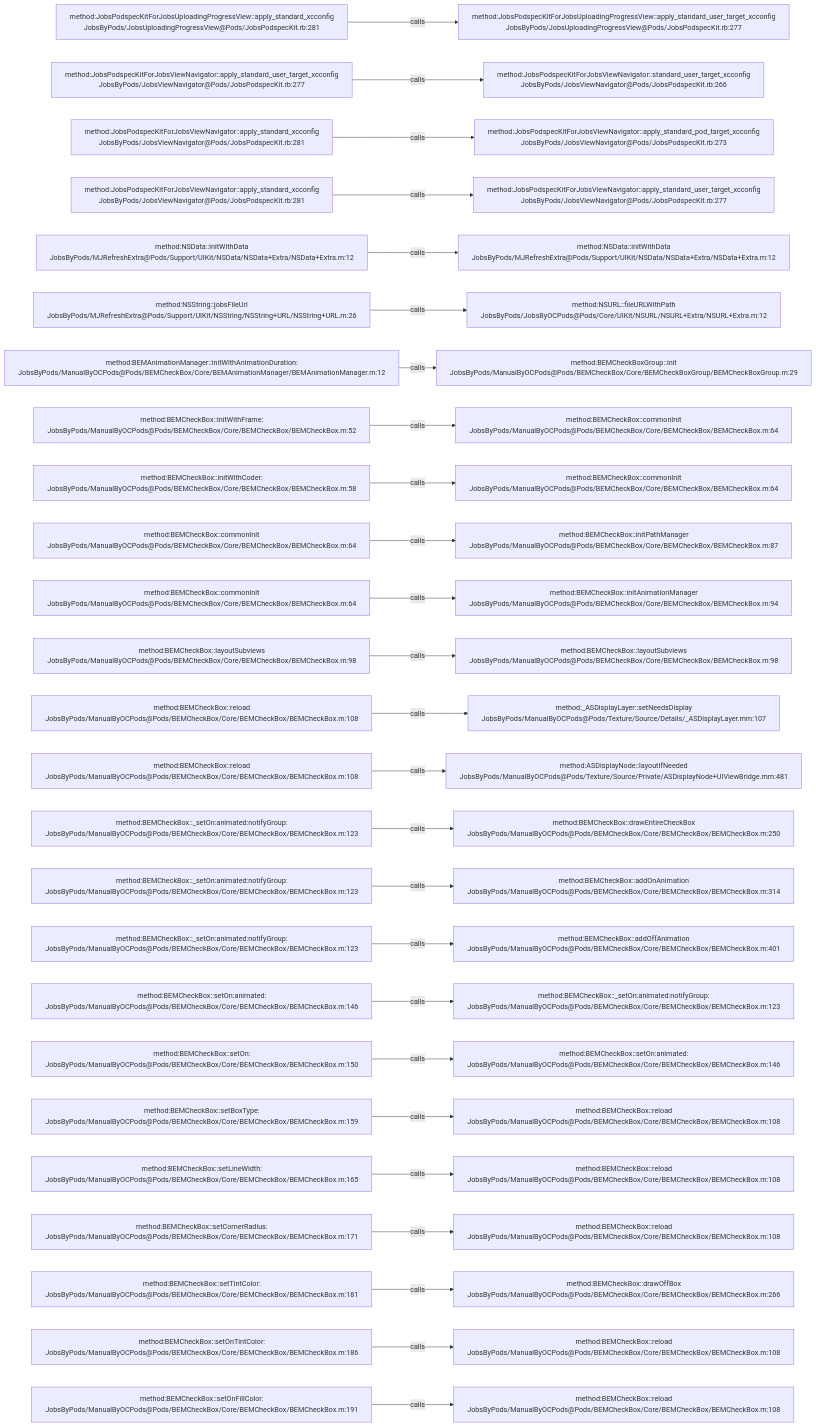
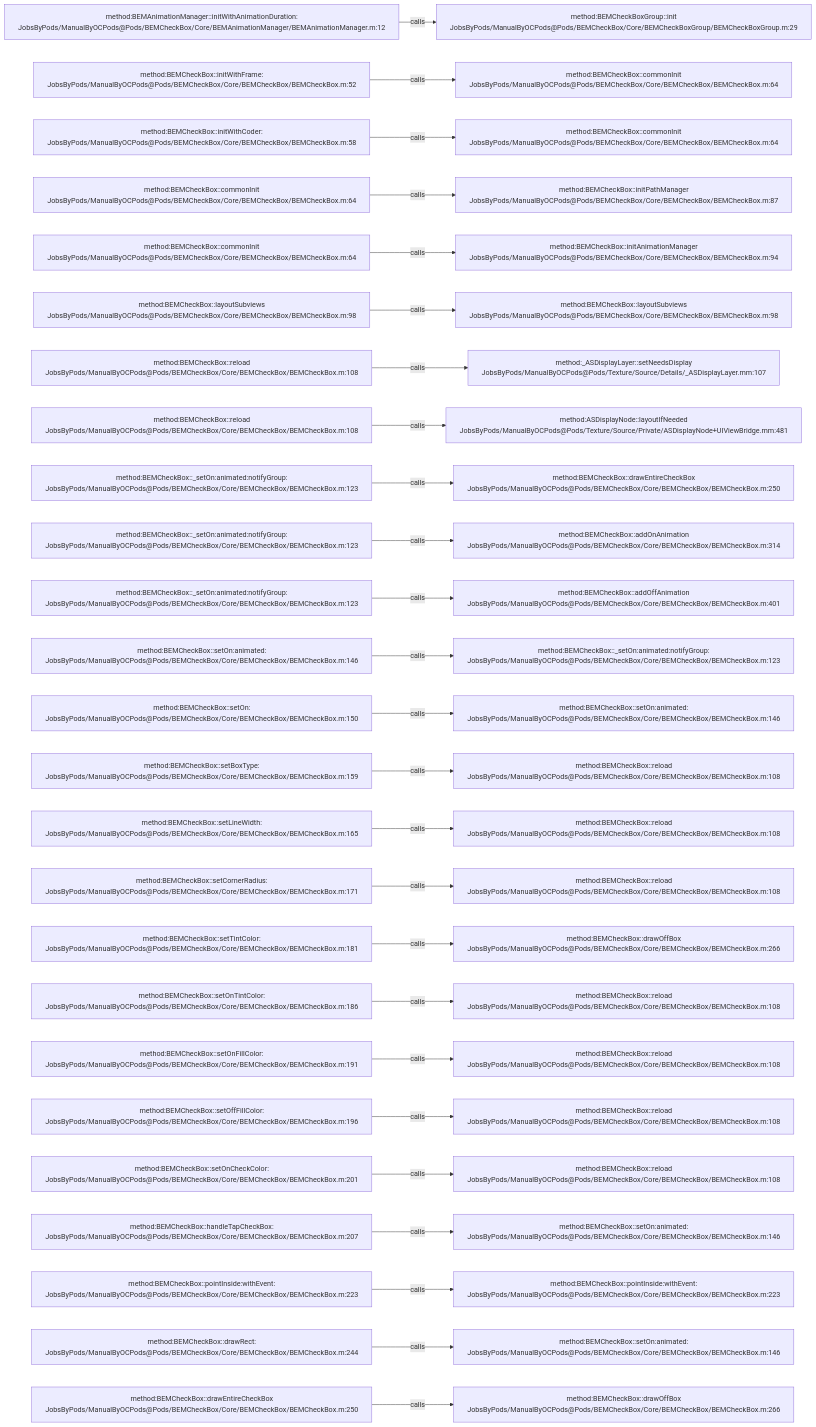
One commit to JobsKits/JobsOCBaseConfigDemo changed the diagram in .codegraph/codegraph.md/graphs/calls-008.md. Above: the diagram before and after it, drawn with Mermaid. The commit also changed 666 other files, not shown here.

````diff
--- a/.codegraph/codegraph.md/graphs/calls-008.md
+++ b/.codegraph/codegraph.md/graphs/calls-008.md
@@ -13,78 +13,78 @@
 ```mermaid
 flowchart LR
-  S1["method:JobsPodspecKitForJobsUploadingProgressView::apply_standard_xcconfig<br/>JobsByPods/JobsUploadingProgressView@Pods/JobsPodspecKit.rb:281"]
-  T1["method:JobsPodspecKitForJobsUploadingProgressView::apply_standard_user_target_xcconfig<br/>JobsByPods/JobsUploadingProgressView@Pods/JobsPodspecKit.rb:277"]
+  S1["method:BEMAnimationManager::initWithAnimationDuration:<br/>JobsByPods/ManualByOCPods@Pods/BEMCheckBox/Core/BEMAnimationManager/BEMAnimationManager.m:12"]
+  T1["method:BEMCheckBoxGroup::init<br/>JobsByPods/ManualByOCPods@Pods/BEMCheckBox/Core/BEMCheckBoxGroup/BEMCheckBoxGroup.m:29"]
   S1 -->|calls| T1
-  S2["method:JobsPodspecKitForJobsViewNavigator::apply_standard_user_target_xcconfig<br/>JobsByPods/JobsViewNavigator@Pods/JobsPodspecKit.rb:277"]
-  T2["method:JobsPodspecKitForJobsViewNavigator::standard_user_target_xcconfig<br/>JobsByPods/JobsViewNavigator@Pods/JobsPodspecKit.rb:266"]
+  S2["method:BEMCheckBox::initWithFrame:<br/>JobsByPods/ManualByOCPods@Pods/BEMCheckBox/Core/BEMCheckBox/BEMCheckBox.m:52"]
+  T2["method:BEMCheckBox::commonInit<br/>JobsByPods/ManualByOCPods@Pods/BEMCheckBox/Core/BEMCheckBox/BEMCheckBox.m:64"]
   S2 -->|calls| T2
-  S3["method:JobsPodspecKitForJobsViewNavigator::apply_standard_xcconfig<br/>JobsByPods/JobsViewNavigator@Pods/JobsPodspecKit.rb:281"]
-  T3["method:JobsPodspecKitForJobsViewNavigator::apply_standard_pod_target_xcconfig<br/>JobsByPods/JobsViewNavigator@Pods/JobsPodspecKit.rb:273"]
+  S3["method:BEMCheckBox::initWithCoder:<br/>JobsByPods/ManualByOCPods@Pods/BEMCheckBox/Core/BEMCheckBox/BEMCheckBox.m:58"]
+  T3["method:BEMCheckBox::commonInit<br/>JobsByPods/ManualByOCPods@Pods/BEMCheckBox/Core/BEMCheckBox/BEMCheckBox.m:64"]
   S3 -->|calls| T3
-  S4["method:JobsPodspecKitForJobsViewNavigator::apply_standard_xcconfig<br/>JobsByPods/JobsViewNavigator@Pods/JobsPodspecKit.rb:281"]
-  T4["method:JobsPodspecKitForJobsViewNavigator::apply_standard_user_target_xcconfig<br/>JobsByPods/JobsViewNavigator@Pods/JobsPodspecKit.rb:277"]
+  S4["method:BEMCheckBox::commonInit<br/>JobsByPods/ManualByOCPods@Pods/BEMCheckBox/Core/BEMCheckBox/BEMCheckBox.m:64"]
+  T4["method:BEMCheckBox::initPathManager<br/>JobsByPods/ManualByOCPods@Pods/BEMCheckBox/Core/BEMCheckBox/BEMCheckBox.m:87"]
   S4 -->|calls| T4
-  S5["method:NSData::initWithData<br/>JobsByPods/MJRefreshExtra@Pods/Support/UIKit/NSData/NSData+Extra/NSData+Extra.m:12"]
-  T5["method:NSData::initWithData<br/>JobsByPods/MJRefreshExtra@Pods/Support/UIKit/NSData/NSData+Extra/NSData+Extra.m:12"]
+  S5["method:BEMCheckBox::commonInit<br/>JobsByPods/ManualByOCPods@Pods/BEMCheckBox/Core/BEMCheckBox/BEMCheckBox.m:64"]
+  T5["method:BEMCheckBox::initAnimationManager<br/>JobsByPods/ManualByOCPods@Pods/BEMCheckBox/Core/BEMCheckBox/BEMCheckBox.m:94"]
   S5 -->|calls| T5
-  S6["method:NSString::jobsFileUrl<br/>JobsByPods/MJRefreshExtra@Pods/Support/UIKit/NSString/NSString+URL/NSString+URL.m:26"]
-  T6["method:NSURL::fileURLWithPath<br/>JobsByPods/JobsByOCPods@Pods/Core/UIKit/NSURL/NSURL+Extra/NSURL+Extra.m:12"]
+  S6["method:BEMCheckBox::layoutSubviews<br/>JobsByPods/ManualByOCPods@Pods/BEMCheckBox/Core/BEMCheckBox/BEMCheckBox.m:98"]
+  T6["method:BEMCheckBox::layoutSubviews<br/>JobsByPods/ManualByOCPods@Pods/BEMCheckBox/Core/BEMCheckBox/BEMCheckBox.m:98"]
   S6 -->|calls| T6
-  S7["method:BEMAnimationManager::initWithAnimationDuration:<br/>JobsByPods/ManualByOCPods@Pods/BEMCheckBox/Core/BEMAnimationManager/BEMAnimationManager.m:12"]
-  T7["method:BEMCheckBoxGroup::init<br/>JobsByPods/ManualByOCPods@Pods/BEMCheckBox/Core/BEMCheckBoxGroup/BEMCheckBoxGroup.m:29"]
+  S7["method:BEMCheckBox::reload<br/>JobsByPods/ManualByOCPods@Pods/BEMCheckBox/Core/BEMCheckBox/BEMCheckBox.m:108"]
+  T7["method:_ASDisplayLayer::setNeedsDisplay<br/>JobsByPods/ManualByOCPods@Pods/Texture/Source/Details/_ASDisplayLayer.mm:107"]
   S7 -->|calls| T7
-  S8["method:BEMCheckBox::initWithFrame:<br/>JobsByPods/ManualByOCPods@Pods/BEMCheckBox/Core/BEMCheckBox/BEMCheckBox.m:52"]
-  T8["method:BEMCheckBox::commonInit<br/>JobsByPods/ManualByOCPods@Pods/BEMCheckBox/Core/BEMCheckBox/BEMCheckBox.m:64"]
+  S8["method:BEMCheckBox::reload<br/>JobsByPods/ManualByOCPods@Pods/BEMCheckBox/Core/BEMCheckBox/BEMCheckBox.m:108"]
+  T8["method:ASDisplayNode::layoutIfNeeded<br/>JobsByPods/ManualByOCPods@Pods/Texture/Source/Private/ASDisplayNode+UIViewBridge.mm:481"]
   S8 -->|calls| T8
-  S9["method:BEMCheckBox::initWithCoder:<br/>JobsByPods/ManualByOCPods@Pods/BEMCheckBox/Core/BEMCheckBox/BEMCheckBox.m:58"]
-  T9["method:BEMCheckBox::commonInit<br/>JobsByPods/ManualByOCPods@Pods/BEMCheckBox/Core/BEMCheckBox/BEMCheckBox.m:64"]
+  S9["method:BEMCheckBox::_setOn:animated:notifyGroup:<br/>JobsByPods/ManualByOCPods@Pods/BEMCheckBox/Core/BEMCheckBox/BEMCheckBox.m:123"]
+  T9["method:BEMCheckBox::drawEntireCheckBox<br/>JobsByPods/ManualByOCPods@Pods/BEMCheckBox/Core/BEMCheckBox/BEMCheckBox.m:250"]
   S9 -->|calls| T9
-  S10["method:BEMCheckBox::commonInit<br/>JobsByPods/ManualByOCPods@Pods/BEMCheckBox/Core/BEMCheckBox/BEMCheckBox.m:64"]
-  T10["method:BEMCheckBox::initPathManager<br/>JobsByPods/ManualByOCPods@Pods/BEMCheckBox/Core/BEMCheckBox/BEMCheckBox.m:87"]
+  S10["method:BEMCheckBox::_setOn:animated:notifyGroup:<br/>JobsByPods/ManualByOCPods@Pods/BEMCheckBox/Core/BEMCheckBox/BEMCheckBox.m:123"]
+  T10["method:BEMCheckBox::addOnAnimation<br/>JobsByPods/ManualByOCPods@Pods/BEMCheckBox/Core/BEMCheckBox/BEMCheckBox.m:314"]
   S10 -->|calls| T10
-  S11["method:BEMCheckBox::commonInit<br/>JobsByPods/ManualByOCPods@Pods/BEMCheckBox/Core/BEMCheckBox/BEMCheckBox.m:64"]
-  T11["method:BEMCheckBox::initAnimationManager<br/>JobsByPods/ManualByOCPods@Pods/BEMCheckBox/Core/BEMCheckBox/BEMCheckBox.m:94"]
+  S11["method:BEMCheckBox::_setOn:animated:notifyGroup:<br/>JobsByPods/ManualByOCPods@Pods/BEMCheckBox/Core/BEMCheckBox/BEMCheckBox.m:123"]
+  T11["method:BEMCheckBox::addOffAnimation<br/>JobsByPods/ManualByOCPods@Pods/BEMCheckBox/Core/BEMCheckBox/BEMCheckBox.m:401"]
   S11 -->|calls| T11
-  S12["method:BEMCheckBox::layoutSubviews<br/>JobsByPods/ManualByOCPods@Pods/BEMCheckBox/Core/BEMCheckBox/BEMCheckBox.m:98"]
-  T12["method:BEMCheckBox::layoutSubviews<br/>JobsByPods/ManualByOCPods@Pods/BEMCheckBox/Core/BEMCheckBox/BEMCheckBox.m:98"]
+  S12["method:BEMCheckBox::setOn:animated:<br/>JobsByPods/ManualByOCPods@Pods/BEMCheckBox/Core/BEMCheckBox/BEMCheckBox.m:146"]
+  T12["method:BEMCheckBox::_setOn:animated:notifyGroup:<br/>JobsByPods/ManualByOCPods@Pods/BEMCheckBox/Core/BEMCheckBox/BEMCheckBox.m:123"]
   S12 -->|calls| T12
-  S13["method:BEMCheckBox::reload<br/>JobsByPods/ManualByOCPods@Pods/BEMCheckBox/Core/BEMCheckBox/BEMCheckBox.m:108"]
-  T13["method:_ASDisplayLayer::setNeedsDisplay<br/>JobsByPods/ManualByOCPods@Pods/Texture/Source/Details/_ASDisplayLayer.mm:107"]
+  S13["method:BEMCheckBox::setOn:<br/>JobsByPods/ManualByOCPods@Pods/BEMCheckBox/Core/BEMCheckBox/BEMCheckBox.m:150"]
+  T13["method:BEMCheckBox::setOn:animated:<br/>JobsByPods/ManualByOCPods@Pods/BEMCheckBox/Core/BEMCheckBox/BEMCheckBox.m:146"]
   S13 -->|calls| T13
-  S14["method:BEMCheckBox::reload<br/>JobsByPods/ManualByOCPods@Pods/BEMCheckBox/Core/BEMCheckBox/BEMCheckBox.m:108"]
-  T14["method:ASDisplayNode::layoutIfNeeded<br/>JobsByPods/ManualByOCPods@Pods/Texture/Source/Private/ASDisplayNode+UIViewBridge.mm:481"]
+  S14["method:BEMCheckBox::setBoxType:<br/>JobsByPods/ManualByOCPods@Pods/BEMCheckBox/Core/BEMCheckBox/BEMCheckBox.m:159"]
+  T14["method:BEMCheckBox::reload<br/>JobsByPods/ManualByOCPods@Pods/BEMCheckBox/Core/BEMCheckBox/BEMCheckBox.m:108"]
   S14 -->|calls| T14
-  S15["method:BEMCheckBox::_setOn:animated:notifyGroup:<br/>JobsByPods/ManualByOCPods@Pods/BEMCheckBox/Core/BEMCheckBox/BEMCheckBox.m:123"]
-  T15["method:BEMCheckBox::drawEntireCheckBox<br/>JobsByPods/ManualByOCPods@Pods/BEMCheckBox/Core/BEMCheckBox/BEMCheckBox.m:250"]
+  S15["method:BEMCheckBox::setLineWidth:<br/>JobsByPods/ManualByOCPods@Pods/BEMCheckBox/Core/BEMCheckBox/BEMCheckBox.m:165"]
+  T15["method:BEMCheckBox::reload<br/>JobsByPods/ManualByOCPods@Pods/BEMCheckBox/Core/BEMCheckBox/BEMCheckBox.m:108"]
   S15 -->|calls| T15
-  S16["method:BEMCheckBox::_setOn:animated:notifyGroup:<br/>JobsByPods/ManualByOCPods@Pods/BEMCheckBox/Core/BEMCheckBox/BEMCheckBox.m:123"]
-  T16["method:BEMCheckBox::addOnAnimation<br/>JobsByPods/ManualByOCPods@Pods/BEMCheckBox/Core/BEMCheckBox/BEMCheckBox.m:314"]
+  S16["method:BEMCheckBox::setCornerRadius:<br/>JobsByPods/ManualByOCPods@Pods/BEMCheckBox/Core/BEMCheckBox/BEMCheckBox.m:171"]
+  T16["method:BEMCheckBox::reload<br/>JobsByPods/ManualByOCPods@Pods/BEMCheckBox/Core/BEMCheckBox/BEMCheckBox.m:108"]
   S16 -->|calls| T16
-  S17["method:BEMCheckBox::_setOn:animated:notifyGroup:<br/>JobsByPods/ManualByOCPods@Pods/BEMCheckBox/Core/BEMCheckBox/BEMCheckBox.m:123"]
-  T17["method:BEMCheckBox::addOffAnimation<br/>JobsByPods/ManualByOCPods@Pods/BEMCheckBox/Core/BEMCheckBox/BEMCheckBox.m:401"]
+  S17["method:BEMCheckBox::setTintColor:<br/>JobsByPods/ManualByOCPods@Pods/BEMCheckBox/Core/BEMCheckBox/BEMCheckBox.m:181"]
+  T17["method:BEMCheckBox::drawOffBox<br/>JobsByPods/ManualByOCPods@Pods/BEMCheckBox/Core/BEMCheckBox/BEMCheckBox.m:266"]
   S17 -->|calls| T17
-  S18["method:BEMCheckBox::setOn:animated:<br/>JobsByPods/ManualByOCPods@Pods/BEMCheckBox/Core/BEMCheckBox/BEMCheckBox.m:146"]
-  T18["method:BEMCheckBox::_setOn:animated:notifyGroup:<br/>JobsByPods/ManualByOCPods@Pods/BEMCheckBox/Core/BEMCheckBox/BEMCheckBox.m:123"]
+  S18["method:BEMCheckBox::setOnTintColor:<br/>JobsByPods/ManualByOCPods@Pods/BEMCheckBox/Core/BEMCheckBox/BEMCheckBox.m:186"]
+  T18["method:BEMCheckBox::reload<br/>JobsByPods/ManualByOCPods@Pods/BEMCheckBox/Core/BEMCheckBox/BEMCheckBox.m:108"]
   S18 -->|calls| T18
-  S19["method:BEMCheckBox::setOn:<br/>JobsByPods/ManualByOCPods@Pods/BEMCheckBox/Core/BEMCheckBox/BEMCheckBox.m:150"]
-  T19["method:BEMCheckBox::setOn:animated:<br/>JobsByPods/ManualByOCPods@Pods/BEMCheckBox/Core/BEMCheckBox/BEMCheckBox.m:146"]
+  S19["method:BEMCheckBox::setOnFillColor:<br/>JobsByPods/ManualByOCPods@Pods/BEMCheckBox/Core/BEMCheckBox/BEMCheckBox.m:191"]
+  T19["method:BEMCheckBox::reload<br/>JobsByPods/ManualByOCPods@Pods/BEMCheckBox/Core/BEMCheckBox/BEMCheckBox.m:108"]
   S19 -->|calls| T19
-  S20["method:BEMCheckBox::setBoxType:<br/>JobsByPods/ManualByOCPods@Pods/BEMCheckBox/Core/BEMCheckBox/BEMCheckBox.m:159"]
+  S20["method:BEMCheckBox::setOffFillColor:<br/>JobsByPods/ManualByOCPods@Pods/BEMCheckBox/Core/BEMCheckBox/BEMCheckBox.m:196"]
   T20["method:BEMCheckBox::reload<br/>JobsByPods/ManualByOCPods@Pods/BEMCheckBox/Core/BEMCheckBox/BEMCheckBox.m:108"]
   S20 -->|calls| T20
-  S21["method:BEMCheckBox::setLineWidth:<br/>JobsByPods/ManualByOCPods@Pods/BEMCheckBox/Core/BEMCheckBox/BEMCheckBox.m:165"]
+  S21["method:BEMCheckBox::setOnCheckColor:<br/>JobsByPods/ManualByOCPods@Pods/BEMCheckBox/Core/BEMCheckBox/BEMCheckBox.m:201"]
   T21["method:BEMCheckBox::reload<br/>JobsByPods/ManualByOCPods@Pods/BEMCheckBox/Core/BEMCheckBox/BEMCheckBox.m:108"]
   S21 -->|calls| T21
-  S22["method:BEMCheckBox::setCornerRadius:<br/>JobsByPods/ManualByOCPods@Pods/BEMCheckBox/Core/BEMCheckBox/BEMCheckBox.m:171"]
-  T22["method:BEMCheckBox::reload<br/>JobsByPods/ManualByOCPods@Pods/BEMCheckBox/Core/BEMCheckBox/BEMCheckBox.m:108"]
+  S22["method:BEMCheckBox::handleTapCheckBox:<br/>JobsByPods/ManualByOCPods@Pods/BEMCheckBox/Core/BEMCheckBox/BEMCheckBox.m:207"]
+  T22["method:BEMCheckBox::setOn:animated:<br/>JobsByPods/ManualByOCPods@Pods/BEMCheckBox/Core/BEMCheckBox/BEMCheckBox.m:146"]
   S22 -->|calls| T22
-  S23["method:BEMCheckBox::setTintColor:<br/>JobsByPods/ManualByOCPods@Pods/BEMCheckBox/Core/BEMCheckBox/BEMCheckBox.m:181"]
-  T23["method:BEMCheckBox::drawOffBox<br/>JobsByPods/ManualByOCPods@Pods/BEMCheckBox/Core/BEMCheckBox/BEMCheckBox.m:266"]
+  S23["method:BEMCheckBox::pointInside:withEvent:<br/>JobsByPods/ManualByOCPods@Pods/BEMCheckBox/Core/BEMCheckBox/BEMCheckBox.m:223"]
+  T23["method:BEMCheckBox::pointInside:withEvent:<br/>JobsByPods/ManualByOCPods@Pods/BEMCheckBox/Core/BEMCheckBox/BEMCheckBox.m:223"]
   S23 -->|calls| T23
-  S24["method:BEMCheckBox::setOnTintColor:<br/>JobsByPods/ManualByOCPods@Pods/BEMCheckBox/Core/BEMCheckBox/BEMCheckBox.m:186"]
-  T24["method:BEMCheckBox::reload<br/>JobsByPods/ManualByOCPods@Pods/BEMCheckBox/Core/BEMCheckBox/BEMCheckBox.m:108"]
+  S24["method:BEMCheckBox::drawRect:<br/>JobsByPods/ManualByOCPods@Pods/BEMCheckBox/Core/BEMCheckBox/BEMCheckBox.m:244"]
+  T24["method:BEMCheckBox::setOn:animated:<br/>JobsByPods/ManualByOCPods@Pods/BEMCheckBox/Core/BEMCheckBox/BEMCheckBox.m:146"]
   S24 -->|calls| T24
-  S25["method:BEMCheckBox::setOnFillColor:<br/>JobsByPods/ManualByOCPods@Pods/BEMCheckBox/Core/BEMCheckBox/BEMCheckBox.m:191"]
-  T25["method:BEMCheckBox::reload<br/>JobsByPods/ManualByOCPods@Pods/BEMCheckBox/Core/BEMCheckBox/BEMCheckBox.m:108"]
+  S25["method:BEMCheckBox::drawEntireCheckBox<br/>JobsByPods/ManualByOCPods@Pods/BEMCheckBox/Core/BEMCheckBox/BEMCheckBox.m:250"]
+  T25["method:BEMCheckBox::drawOffBox<br/>JobsByPods/ManualByOCPods@Pods/BEMCheckBox/Core/BEMCheckBox/BEMCheckBox.m:266"]
   S25 -->|calls| T25
 ```
````
